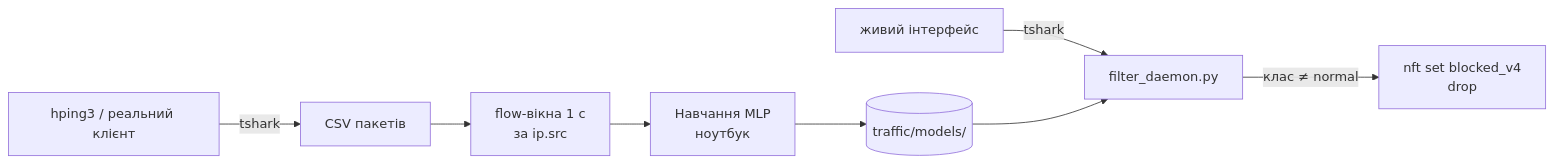
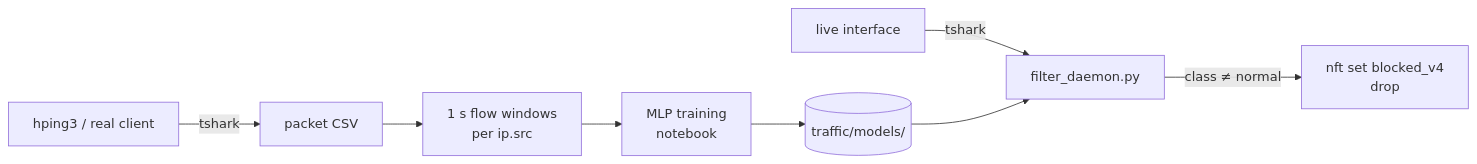
One commit to YaTut1901/anomaly-detection changed the diagram in README.md. Above: the diagram before and after it, drawn with Mermaid. The commit also changed other lines of this file, not shown here.

````diff
--- a/README.md
+++ b/README.md
@@ -28,10 +28,10 @@
 ```mermaid
 flowchart LR
-    A[hping3 / реальний клієнт] -->|tshark| B[CSV пакетів]
-    B --> C[flow-вікна 1 с<br/>за ip.src]
-    C --> D[Навчання MLP<br/>ноутбук]
+    A[hping3 / real client] -->|tshark| B[packet CSV]
+    B --> C[1 s flow windows<br/>per ip.src]
+    C --> D[MLP training<br/>notebook]
     D --> E[(traffic/models/)]
-    N[живий інтерфейс] -->|tshark| F[filter_daemon.py]
+    N[live interface] -->|tshark| F[filter_daemon.py]
     E --> F
-    F -->|клас ≠ normal| G[nft set blocked_v4<br/>drop]
+    F -->|class ≠ normal| G[nft set blocked_v4<br/>drop]
 ```
````
